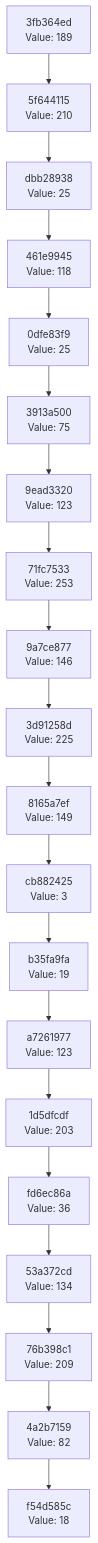
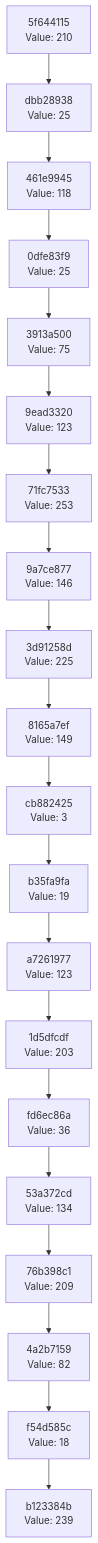
One commit to Abhisheksinha1506/hash-chain-evolver changed the diagram in docs/CHAIN_VISUALIZATION.md. Above: the diagram before and after it, drawn with Mermaid. The commit also changed 2 other files, not shown here.

Commit message:
Evolution step: hash 0xEF → action executed

````diff
--- a/docs/CHAIN_VISUALIZATION.md
+++ b/docs/CHAIN_VISUALIZATION.md
@@ -3,42 +3,42 @@
 ```mermaid
 graph TD
-    C0["f54d585c<br/>Value: 18"]
-    C1["4a2b7159<br/>Value: 82"]
+    C0["b123384b<br/>Value: 239"]
+    C1["f54d585c<br/>Value: 18"]
     C1 --> C0
-    C2["76b398c1<br/>Value: 209"]
+    C2["4a2b7159<br/>Value: 82"]
     C2 --> C1
-    C3["53a372cd<br/>Value: 134"]
+    C3["76b398c1<br/>Value: 209"]
     C3 --> C2
-    C4["fd6ec86a<br/>Value: 36"]
+    C4["53a372cd<br/>Value: 134"]
     C4 --> C3
-    C5["1d5dfcdf<br/>Value: 203"]
+    C5["fd6ec86a<br/>Value: 36"]
     C5 --> C4
-    C6["a7261977<br/>Value: 123"]
+    C6["1d5dfcdf<br/>Value: 203"]
     C6 --> C5
-    C7["b35fa9fa<br/>Value: 19"]
+    C7["a7261977<br/>Value: 123"]
     C7 --> C6
-    C8["cb882425<br/>Value: 3"]
+    C8["b35fa9fa<br/>Value: 19"]
     C8 --> C7
-    C9["8165a7ef<br/>Value: 149"]
+    C9["cb882425<br/>Value: 3"]
     C9 --> C8
-    C10["3d91258d<br/>Value: 225"]
+    C10["8165a7ef<br/>Value: 149"]
     C10 --> C9
-    C11["9a7ce877<br/>Value: 146"]
+    C11["3d91258d<br/>Value: 225"]
     C11 --> C10
-    C12["71fc7533<br/>Value: 253"]
+    C12["9a7ce877<br/>Value: 146"]
     C12 --> C11
-    C13["9ead3320<br/>Value: 123"]
+    C13["71fc7533<br/>Value: 253"]
     C13 --> C12
-    C14["3913a500<br/>Value: 75"]
+    C14["9ead3320<br/>Value: 123"]
     C14 --> C13
-    C15["0dfe83f9<br/>Value: 25"]
+    C15["3913a500<br/>Value: 75"]
     C15 --> C14
-    C16["461e9945<br/>Value: 118"]
+    C16["0dfe83f9<br/>Value: 25"]
     C16 --> C15
-    C17["dbb28938<br/>Value: 25"]
+    C17["461e9945<br/>Value: 118"]
     C17 --> C16
-    C18["5f644115<br/>Value: 210"]
+    C18["dbb28938<br/>Value: 25"]
     C18 --> C17
-    C19["3fb364ed<br/>Value: 189"]
+    C19["5f644115<br/>Value: 210"]
     C19 --> C18
 ```
````
